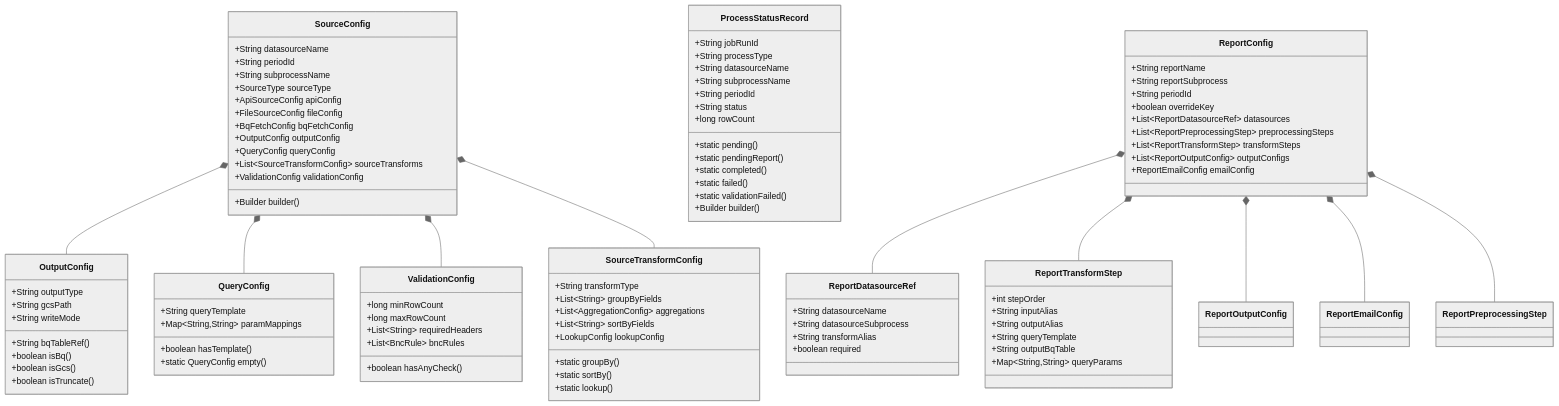
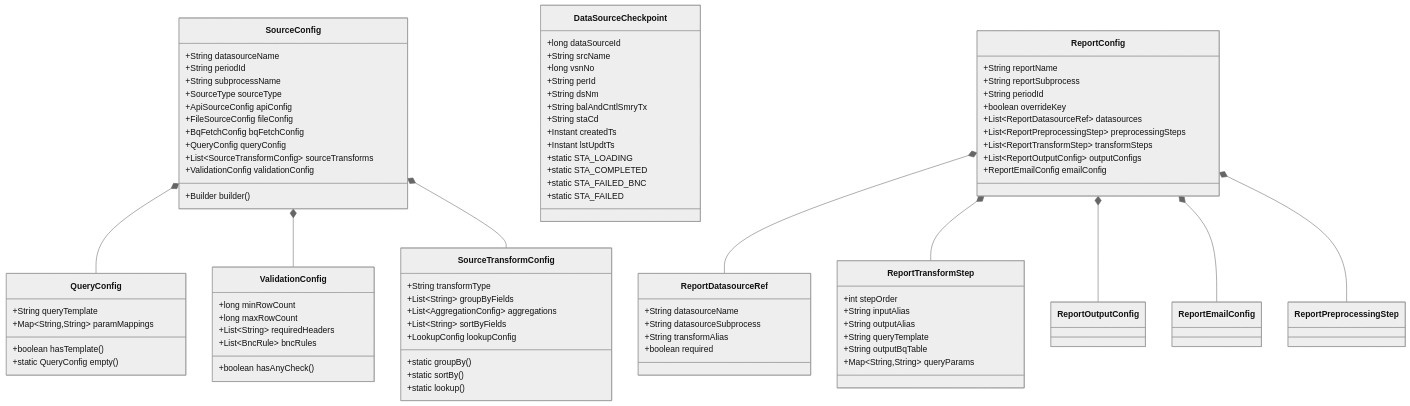
Before and after one commit to tushark-16bit/beam_framework: the tenth of 13 diagrams in WALKTHROUGH.md, drawn with Mermaid (neutral theme). The commit also changed other lines of this file and 26 other files, not shown here.

```diff
--- a/WALKTHROUGH.md
+++ b/WALKTHROUGH.md
@@ -436,21 +436,10 @@
         +ApiSourceConfig apiConfig
         +FileSourceConfig fileConfig
         +BqFetchConfig bqFetchConfig
-        +OutputConfig outputConfig
         +QueryConfig queryConfig
         +List~SourceTransformConfig~ sourceTransforms
         +ValidationConfig validationConfig
         +Builder builder()
-    }
-
-    class OutputConfig {
-        +String outputType
-        +String bqTableRef()
-        +String gcsPath
-        +String writeMode
-        +boolean isBq()
-        +boolean isGcs()
-        +boolean isTruncate()
     }
 
     class QueryConfig {
@@ -479,20 +468,20 @@
         +boolean hasAnyCheck()
     }
 
-    class ProcessStatusRecord {
-        +String jobRunId
-        +String processType
-        +String datasourceName
-        +String subprocessName
-        +String periodId
-        +String status
-        +long rowCount
-        +static pending()
-        +static pendingReport()
-        +static completed()
-        +static failed()
-        +static validationFailed()
-        +Builder builder()
+    class DataSourceCheckpoint {
+        +long dataSourceId
+        +String srcName
+        +long vsnNo
+        +String perId
+        +String dsNm
+        +String balAndCntlSmryTx
+        +String staCd
+        +Instant createdTs
+        +Instant lstUpdtTs
+        +static STA_LOADING
+        +static STA_COMPLETED
+        +static STA_FAILED_BNC
+        +static STA_FAILED
     }
 
     class ReportConfig {
@@ -523,7 +512,6 @@
         +boolean required
     }
 
-    SourceConfig *-- OutputConfig
     SourceConfig *-- QueryConfig
     SourceConfig *-- ValidationConfig
     SourceConfig *-- SourceTransformConfig
```
